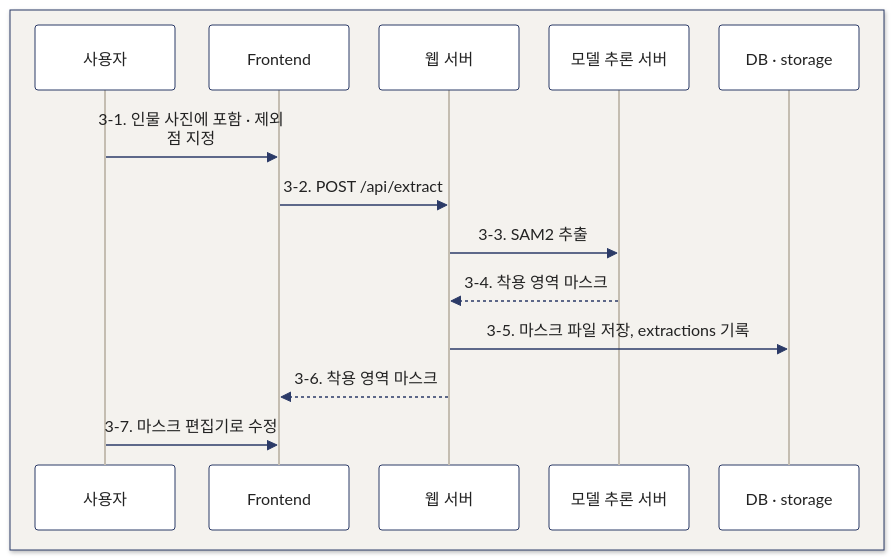
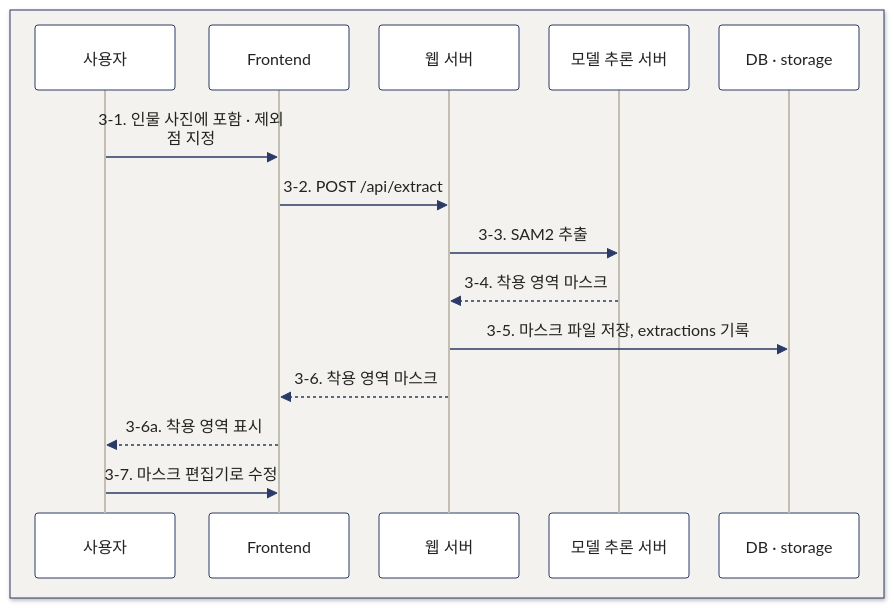
Before and after one commit to Jenny5789/CGI_MOA: the fourth of 6 diagrams in README.md, drawn with Mermaid. The commit also changed other lines of this file, not shown here.

First line of the commit message:
docs: README 접기 정리와 시퀀스 다이어그램 보완

````diff
--- a/README.md
+++ b/README.md
@@ -251,18 +257,19 @@
 ```mermaid
 %%{init: {'theme':'base','themeVariables':{'fontSize':'18px','primaryColor':'#ffffff','primaryBorderColor':'#2b3a67','primaryTextColor':'#222222','textColor':'#222222','lineColor':'#2b3a67','mainBkg':'#ffffff','nodeBorder':'#2b3a67','secondaryColor':'#f4f2ee','tertiaryColor':'#f4f2ee','edgeLabelBackground':'#f4f2ee','actorBkg':'#ffffff','actorBorder':'#2b3a67','actorTextColor':'#222222','actorLineColor':'#c4bdb1','signalColor':'#2b3a67','signalTextColor':'#222222','labelBoxBkgColor':'#ffffff','labelBoxBorderColor':'#2b3a67','labelTextColor':'#222222','loopTextColor':'#222222','noteBkgColor':'#ffffff','noteBorderColor':'#2b3a67','noteTextColor':'#222222'},'sequence':{'actorMargin':30,'width':140,'wrap':true}}}%%
 sequenceDiagram
     box rgb(244,242,238)
         participant U as 사용자
         participant F as Frontend
         participant B as 웹 서버
         participant A as 모델 추론 서버
         participant S as DB · storage
     end
     U->>F: 3-1. 인물 사진에 포함 · 제외 점 지정
     F->>B: 3-2. POST /api/extract
     B->>A: 3-3. SAM2 추출
     A-->>B: 3-4. 착용 영역 마스크
     B->>S: 3-5. 마스크 파일 저장, extractions 기록
     B-->>F: 3-6. 착용 영역 마스크
+    F-->>U: 3-6a. 착용 영역 표시
     U->>F: 3-7. 마스크 편집기로 수정
 ```
````
